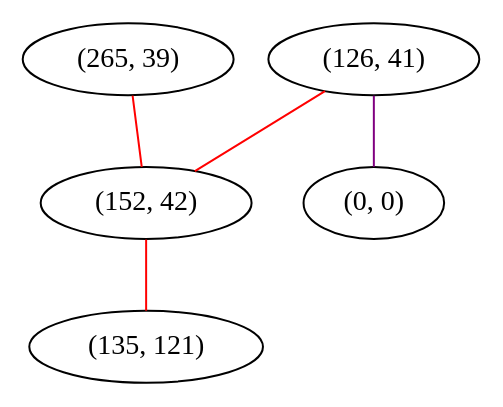
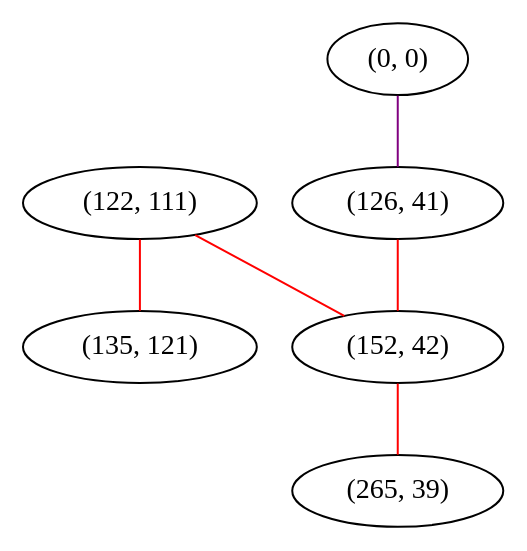
The diagram in graphviz/dejavu-sans/r.gv (FelixMcFelix/sip-for-cv-paper), drawn with Graphviz before and after one commit. The commit also changed 121 other files, not shown here.

First line of the commit message:
[MakeGraph] Better Graph Generation

```diff
--- a/graphviz/dejavu-sans/r.gv
+++ b/graphviz/dejavu-sans/r.gv
@@ -1,11 +1,13 @@
 graph "" {
+"(122, 111)";
+"(0, 0)";
 "(126, 41)";
+"(135, 121)";
+"(152, 42)";
 "(265, 39)";
-"(152, 42)";
-"(0, 0)";
-"(135, 121)";
-"(126, 41)" -- "(0, 0)"  [color=purple, key=0, weight=4];
+"(122, 111)" -- "(152, 42)"  [color=red, key=0, weight=1];
+"(122, 111)" -- "(135, 121)"  [color=red, key=0, weight=1];
+"(0, 0)" -- "(126, 41)"  [color=purple, key=0, weight=4];
 "(126, 41)" -- "(152, 42)"  [color=red, key=0, weight=1];
-"(265, 39)" -- "(152, 42)"  [color=red, key=0, weight=1];
-"(152, 42)" -- "(135, 121)"  [color=red, key=0, weight=1];
+"(152, 42)" -- "(265, 39)"  [color=red, key=0, weight=1];
 }
```
